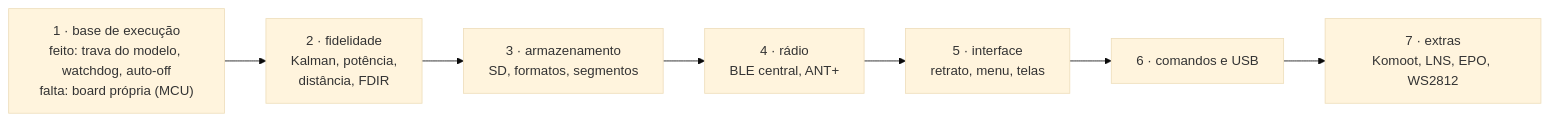
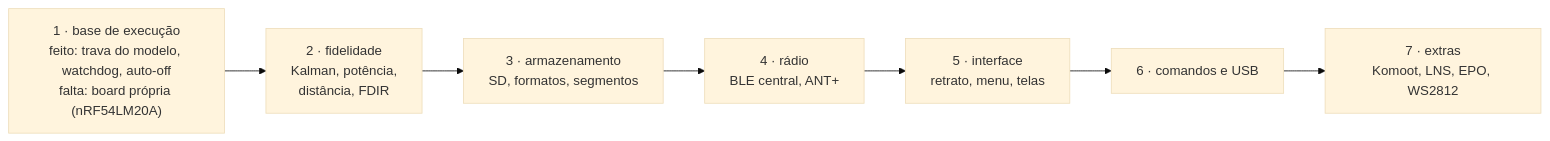
One commit to Guiimartinho/gnss-bike-computer changed the second of 2 diagrams in CLAUDE.md. Above: the diagram before and after it, drawn with Mermaid (base theme). The commit also changed other lines of this file and 9 other files, not shown here.

First line of the commit message:
docs(docs): record the MCU, screen, board and commit decisions

````diff
--- a/CLAUDE.md
+++ b/CLAUDE.md
@@ -96,9 +96,9 @@
 ```mermaid
 flowchart LR
-    A["1 · base de execução<br/>feito: trava do modelo, watchdog, auto-off<br/>falta: board própria (MCU)"] --> B["2 · fidelidade<br/>Kalman, potência,<br/>distância, FDIR"]
+    A["1 · base de execução<br/>feito: trava do modelo, watchdog, auto-off<br/>falta: board própria (nRF54LM20A)"] --> B["2 · fidelidade<br/>Kalman, potência,<br/>distância, FDIR"]
     B --> C["3 · armazenamento<br/>SD, formatos, segmentos"]
     C --> D["4 · rádio<br/>BLE central, ANT+"]
     D --> E["5 · interface<br/>retrato, menu, telas"]
     E --> F["6 · comandos e USB"]
     F --> G["7 · extras<br/>Komoot, LNS, EPO, WS2812"]
 ```
````
